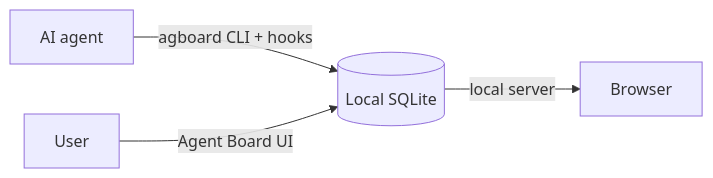
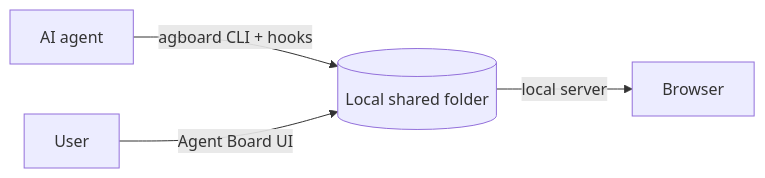
Before and after one commit to FooQoo/agent-board: the diagram in README.md, drawn with Mermaid. The commit also changed other lines of this file and 4 other files, not shown here.

````diff
--- a/README.md
+++ b/README.md
@@ -30,6 +30,6 @@
 ```mermaid
 flowchart LR
-    A["AI agent"] -- "agboard CLI + hooks" --> D[("Local SQLite")]
+    A["AI agent"] -- "agboard CLI + hooks" --> D[("Local shared folder")]
     U["User"] -- "Agent Board UI" --> D
     D -- "local server" --> B["Browser"]
 ```
````
